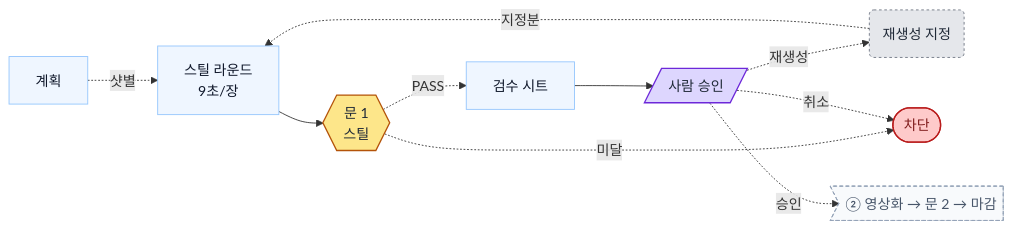
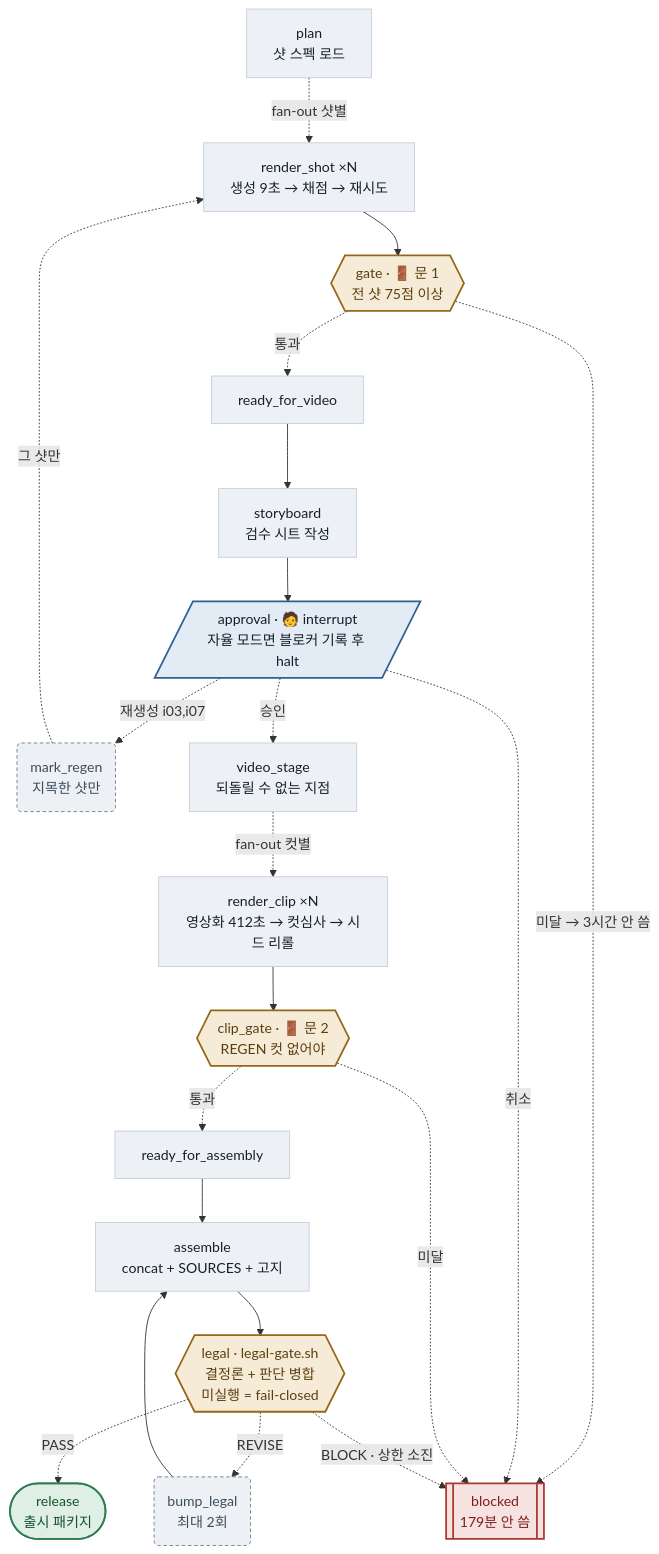
Before and after one commit to MelonS/MelonS-Agents: the first of 2 diagrams in graph/README.md, drawn with Mermaid. The commit also changed other lines of this file and 5 other files, not shown here.

First line of the commit message:
docs(readme): 구조도를 정보량 있는 세로형으로 재작성 + 실측 비용표 + 최신 쇼츠 GIF

````diff
--- a/graph/README.md
+++ b/graph/README.md
@@ -53,35 +53,54 @@
 ```mermaid
-flowchart LR
-  plan["계획"]
-  render_shot["스틸 라운드<br/>9초/장"]
-  gate{{"문 1<br/>스틸"}}
-  storyboard["검수 시트"]
-  approval[/"사람 승인"/]
-  mark_regen("재생성 지정")
-  blocked(["차단"])
-  view1>"② 영상화 → 문 2 → 마감"]
+flowchart TD
+  plan["plan<br/>샷 스펙 로드"]
+  render_shot["render_shot ×N<br/>생성 9초 → 채점 → 재시도"]
+  gate{{"gate · 🚪 문 1<br/>전 샷 75점 이상"}}
+  ready_for_video["ready_for_video"]
+  storyboard["storyboard<br/>검수 시트 작성"]
+  approval[/"approval · 🧑 interrupt<br/>자율 모드면 블로커 기록 후 halt"/]
+  mark_regen("mark_regen<br/>지목한 샷만")
+  video_stage["video_stage<br/>되돌릴 수 없는 지점"]
+  render_clip["render_clip ×N<br/>영상화 412초 → 컷심사 → 시드 리롤"]
+  clip_gate{{"clip_gate · 🚪 문 2<br/>REGEN 컷 없어야"}}
+  ready_for_assembly["ready_for_assembly"]
+  assemble["assemble<br/>concat + SOURCES + 고지"]
+  legal{{"legal · legal-gate.sh<br/>결정론 + 판단 병합<br/>미실행 = fail-closed"}}
+  bump_legal("bump_legal<br/>최대 2회")
+  release(["release<br/>출시 패키지"])
+  blocked[["blocked<br/>179분 안 씀"]]
 
-  plan -. 샷별 .-> render_shot
+  plan -. "fan-out 샷별" .-> render_shot
   render_shot --> gate
-  gate -. PASS .-> storyboard
-  gate -. 미달 .-> blocked
+  gate -. "통과" .-> ready_for_video
+  gate -. "미달 → 3시간 안 씀" .-> blocked
+  ready_for_video --> storyboard
   storyboard --> approval
-  approval -. 재생성 .-> mark_regen
-  approval -. 취소 .-> blocked
-  mark_regen -. 지정분 .-> render_shot
-  approval -. 승인 .-> view1
+  approval -. "재생성 i03,i07" .-> mark_regen
+  approval -. "승인" .-> video_stage
+  approval -. "취소" .-> blocked
+  mark_regen -. "그 샷만" .-> render_shot
+  video_stage -. "fan-out 컷별" .-> render_clip
+  render_clip --> clip_gate
+  clip_gate -. "통과" .-> ready_for_assembly
+  clip_gate -. "미달" .-> blocked
+  ready_for_assembly --> assemble
+  assemble --> legal
+  legal -. "REVISE" .-> bump_legal
+  legal -. "PASS" .-> release
+  legal -. "BLOCK · 상한 소진" .-> blocked
+  bump_legal --> assemble
 
-  classDef step fill:#eff6ff,stroke:#93c5fd,stroke-width:1px,color:#0f172a
-  classDef gate fill:#fde68a,stroke:#b45309,stroke-width:1.5px,color:#1f2937
-  classDef human fill:#ddd6fe,stroke:#6d28d9,stroke-width:1.5px,color:#1f2937
-  classDef retry fill:#e5e7eb,stroke:#6b7280,stroke-dasharray:3 3,color:#1f2937
-  classDef done fill:#bbf7d0,stroke:#15803d,stroke-width:1.5px,color:#14532d
-  classDef stop fill:#fecaca,stroke:#b91c1c,stroke-width:1.5px,color:#7f1d1d
-  class plan,render_shot,storyboard step
-  class gate gate
+  classDef step fill:#EDF1F5,stroke:#C3CEDA,stroke-width:1px,color:#16202B
+  classDef gate fill:#F6EBD6,stroke:#96671A,stroke-width:2px,color:#5B3F11
+  classDef mutex fill:#E3EBF4,stroke:#2F5F94,stroke-width:2px,color:#16202B
+  classDef human fill:#E3EBF4,stroke:#2F5F94,stroke-width:2px,color:#16202B
+  classDef retry fill:#EDF1F5,stroke:#6B7C8D,stroke-width:1px,stroke-dasharray:4 3,color:#3D4C5C
+  classDef done fill:#DFEFE5,stroke:#2E7D53,stroke-width:2px,color:#14532D
+  classDef stop fill:#F6E2E0,stroke:#A93A31,stroke-width:2px,color:#7F1D1D
+  class assemble,plan,ready_for_assembly,ready_for_video,render_clip,render_shot,storyboard,video_stage step
+  class clip_gate,gate,legal gate
   class approval human
-  class mark_regen retry
+  class bump_legal,mark_regen retry
+  class release done
   class blocked stop
-  classDef stub fill:#f8fafc,stroke:#94a3b8,stroke-dasharray:4 3,color:#475569
-  class view1 stub
 ```
````
